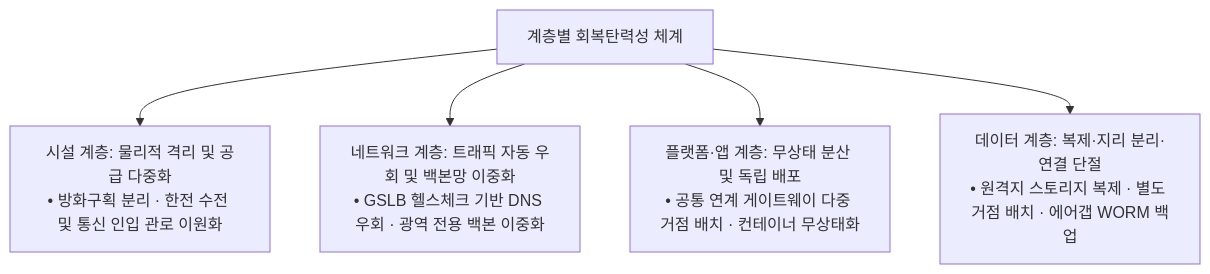
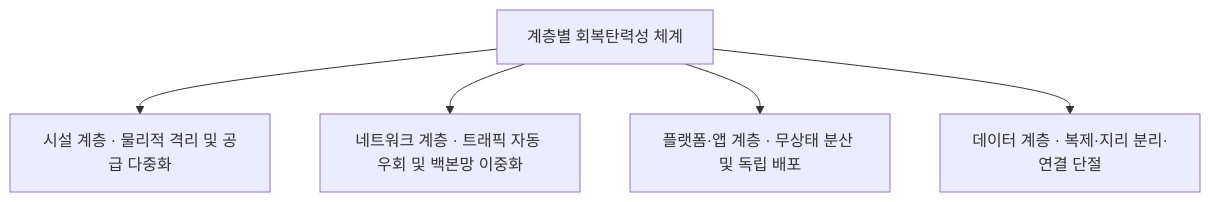
One commit to agnusdei1207/study changed the second of 3 diagrams in src/content/docs/notes/itpe/01-it-strategy/023_national_information_resources_service_fire.md. Above: the diagram before and after it, drawn with Mermaid. The commit also changed other lines of this file and 19 other files, not shown here.

````diff
--- a/src/content/docs/notes/itpe/01-it-strategy/023_national_information_resources_service_fire.md
+++ b/src/content/docs/notes/itpe/01-it-strategy/023_national_information_resources_service_fire.md
@@ -82,9 +84,8 @@
 ```mermaid
 flowchart TD
     ROOT["계층별 회복탄력성 체계"]
-
-    ROOT --> FAC["시설 계층: 물리적 격리 및 공급 다중화<br/>• 방화구획 분리 · 한전 수전 및 통신 인입 관로 이원화"]
-    ROOT --> NET["네트워크 계층: 트래픽 자동 우회 및 백본망 이중화<br/>• GSLB 헬스체크 기반 DNS 우회 · 광역 전용 백본 이중화"]
-    ROOT --> APP["플랫폼·앱 계층: 무상태 분산 및 독립 배포<br/>• 공통 연계 게이트웨이 다중 거점 배치 · 컨테이너 무상태화"]
-    ROOT --> DATA["데이터 계층: 복제·지리 분리·연결 단절<br/>• 원격지 스토리지 복제 · 별도 거점 배치 · 에어갭 WORM 백업"]
+    ROOT --> FAC["시설 계층 · 물리적 격리 및 공급 다중화"]
+    ROOT --> NET["네트워크 계층 · 트래픽 자동 우회 및 백본망 이중화"]
+    ROOT --> APP["플랫폼·앱 계층 · 무상태 분산 및 독립 배포"]
+    ROOT --> DATA["데이터 계층 · 복제·지리 분리·연결 단절"]
 ```
````
